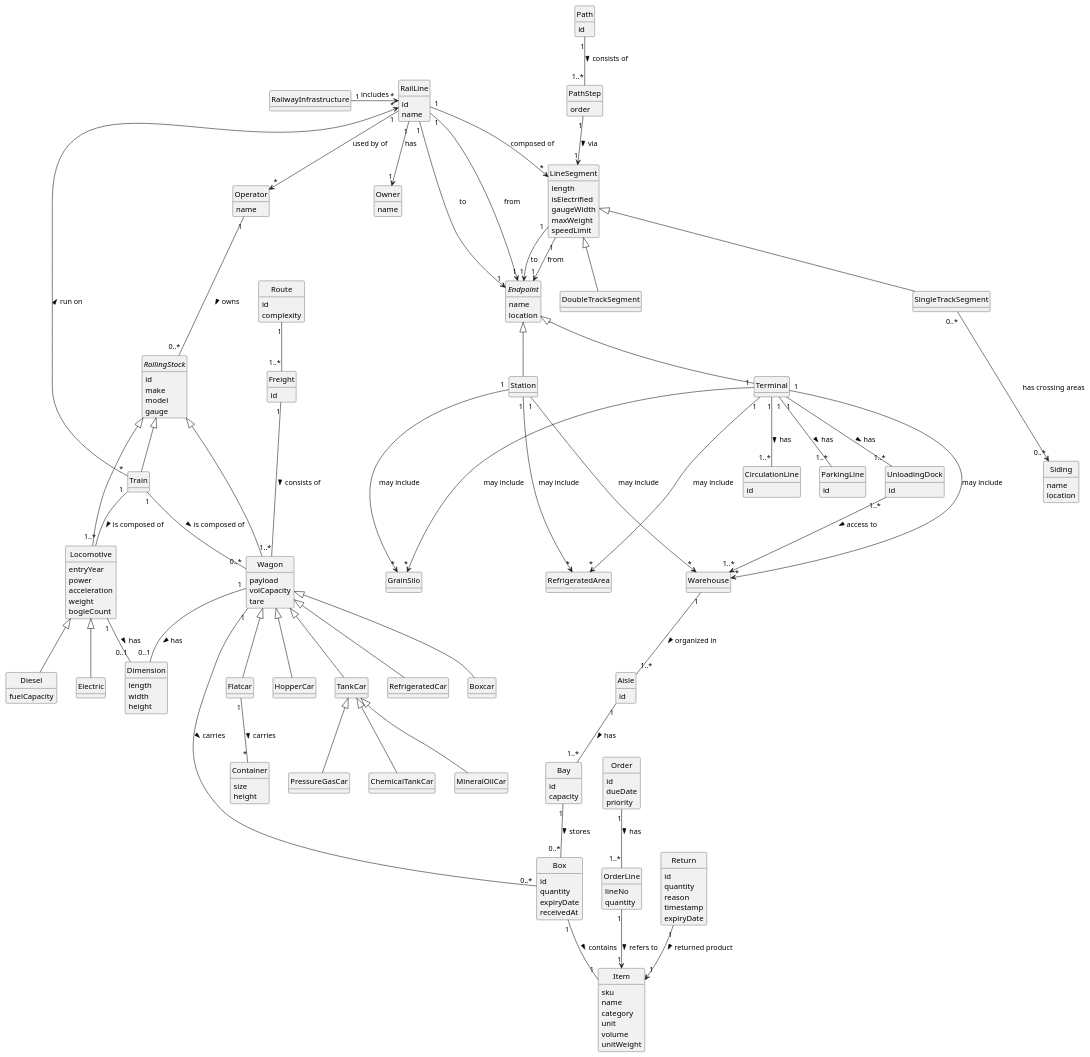
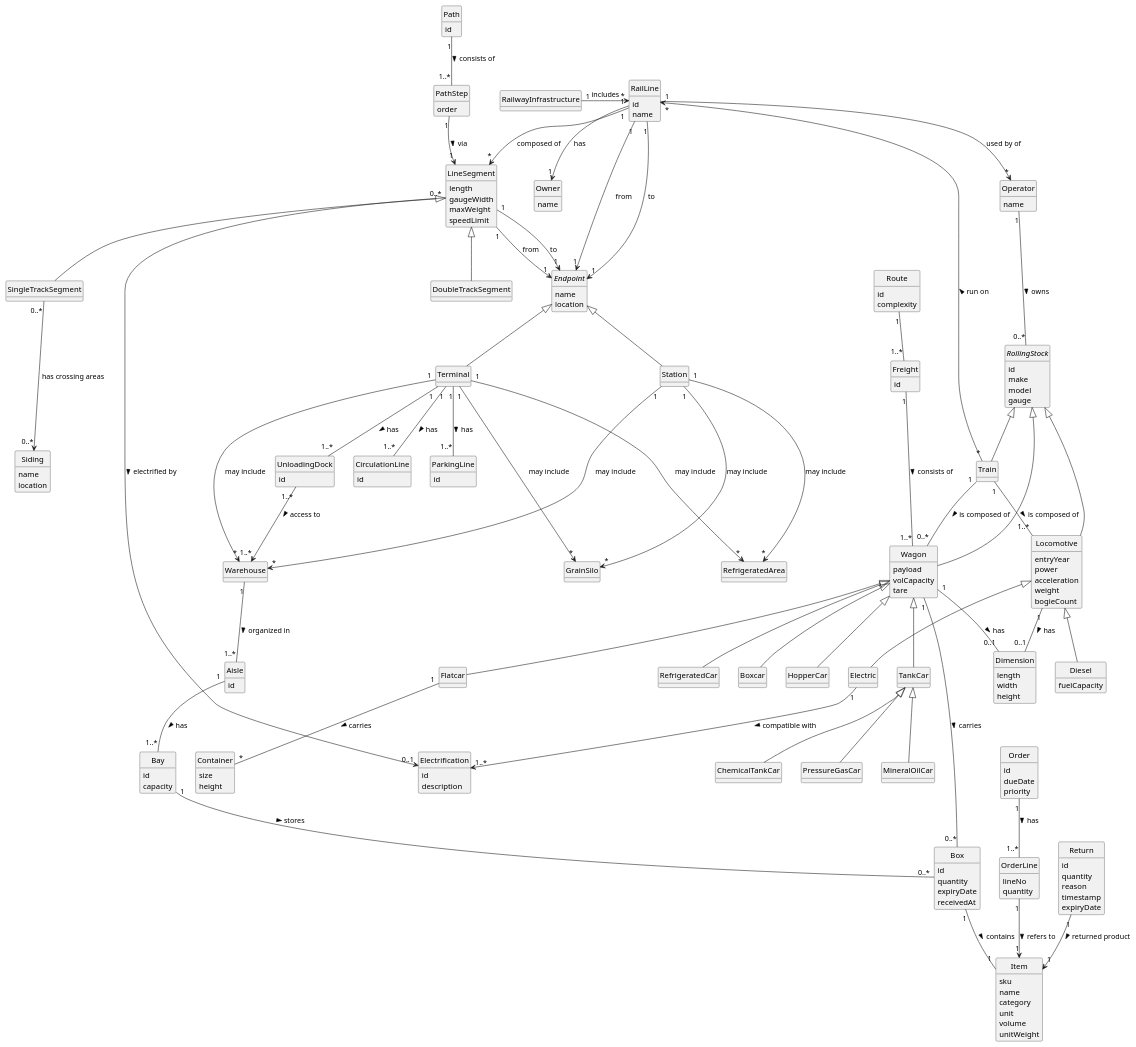
Before and after one commit to bruno-monteiro5/sem3-pi-25.26-g164-repository: the diagram in docs/system-documentation/global-artifacts/DM/puml/DM.puml, drawn with PlantUML. The commit also changed 2 other files, not shown here.

Commit message:
USPL01(Docs)- Fixed Eletrified Line Segments [#25]

```diff
--- a/docs/system-documentation/global-artifacts/DM/puml/DM.puml
+++ b/docs/system-documentation/global-artifacts/DM/puml/DM.puml
@@ -17,10 +17,14 @@
 
 class LineSegment {
     length
-    isElectrified
     gaugeWidth
     maxWeight
     speedLimit
+}
+
+class Electrification {
+    id
+    description
 }
 
 class SingleTrackSegment extends LineSegment {
@@ -234,6 +238,7 @@
 Order "1" -- "1..*" OrderLine : has >
 OrderLine "1" --> "1" Item : refers to >
 Return "1" --> "1" Item : returned product >
-
+LineSegment "0..*" --> "0..1" Electrification : electrified by >
+Electric     "1"    --> "1..*" Electrification : compatible with >
 
 @enduml
```
